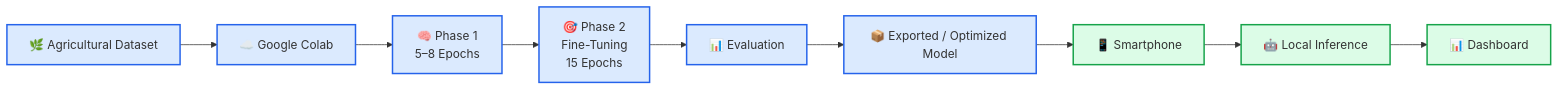
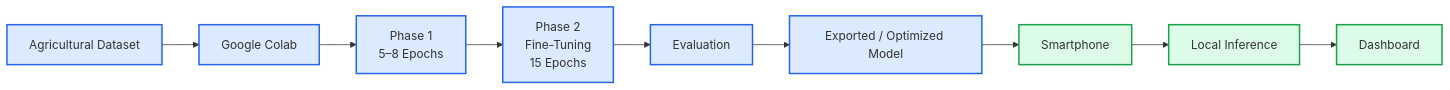
Before and after one commit to robotahmid07-debug/Team-Obsidian_BuildAthon_Competition-by-RoboNauts: the second of 5 diagrams in EdgeCrop_System_Architecture_Upgraded.md, drawn with Mermaid. The commit also changed other lines of this file, not shown here.

````diff
--- a/EdgeCrop_System_Architecture_Upgraded.md
+++ b/EdgeCrop_System_Architecture_Upgraded.md
@@ -209,21 +209,21 @@
 ```mermaid
 flowchart LR
 
-    A["🌿 Agricultural Dataset"]
-    B["☁️ Google Colab"]
-    C["🧠 Phase 1<br/>5–8 Epochs"]
-    D["🎯 Phase 2<br/>Fine-Tuning<br/>15 Epochs"]
-    E["📊 Evaluation"]
-    F["📦 Exported / Optimized Model"]
-    G["📱 Smartphone"]
-    H["🤖 Local Inference"]
-    I["📊 Dashboard"]
+    A[" Agricultural Dataset"]
+    B[" Google Colab"]
+    C[" Phase 1<br/>5–8 Epochs"]
+    D[" Phase 2<br/>Fine-Tuning<br/>15 Epochs"]
+    E[" Evaluation"]
+    F[" Exported / Optimized Model"]
+    G[" Smartphone"]
+    H[" Local Inference"]
+    I[" Dashboard"]
 
     A --> B --> C --> D --> E --> F --> G --> H --> I
 
     classDef train fill:#dbeafe,stroke:#2563eb,stroke-width:2px;
     classDef edge fill:#dcfce7,stroke:#16a34a,stroke-width:2px;
 
     class A,B,C,D,E,F train;
     class G,H,I edge;
 ```
````
